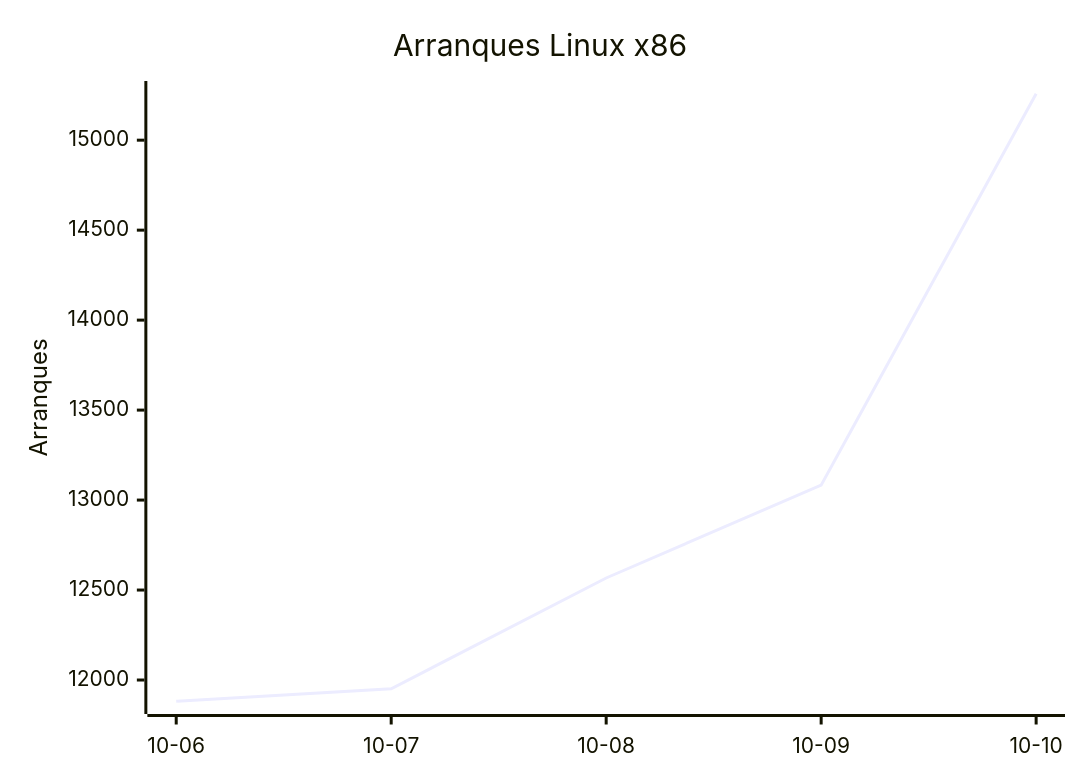
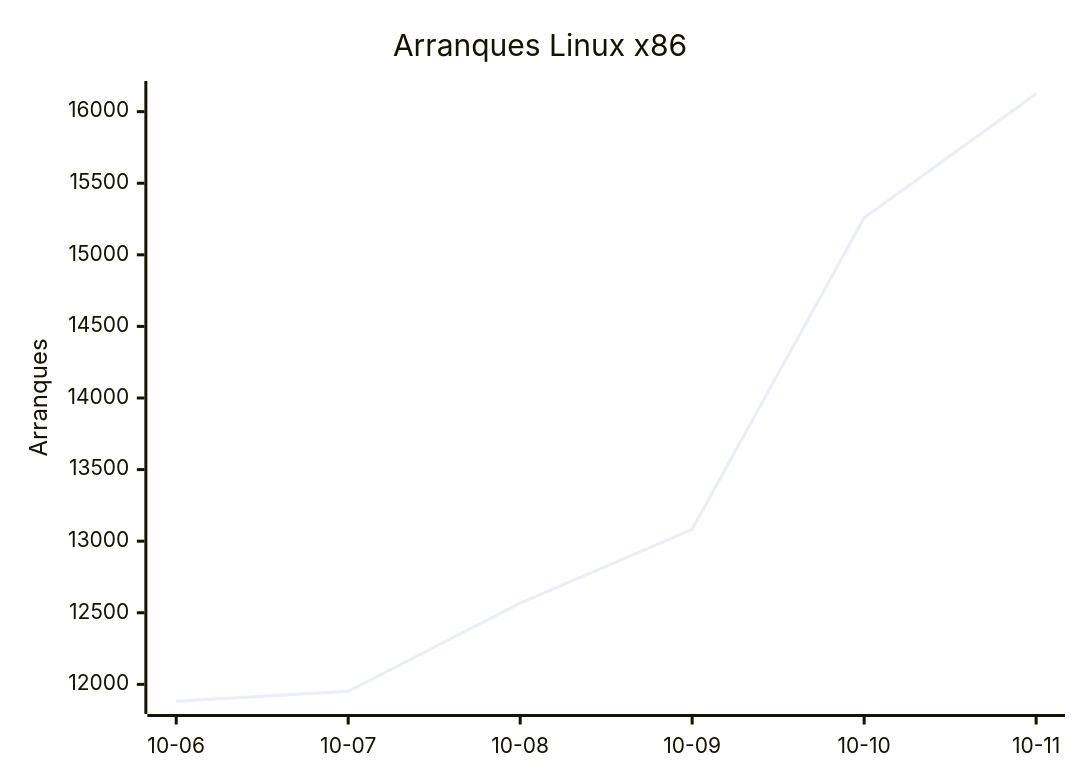
One commit to EmuDeck/stats changed the first of 8 diagrams in README.md. Above: the diagram before and after it, drawn with Mermaid. The commit also changed other lines of this file and 2 other files, not shown here.

````diff
--- a/README.md
+++ b/README.md
@@ -18,7 +18,7 @@
 ```mermaid
 xychart-beta
     title "Arranques Linux x86"
-    x-axis ["10-06", "10-07", "10-08", "10-09", "10-10"]
+    x-axis ["10-06", "10-07", "10-08", "10-09", "10-10", "10-11"]
     y-axis "Arranques"
-    line [11882, 11951, 12567, 13083, 15258]
+    line [11882, 11951, 12567, 13083, 15258, 16125]
 ```
````
